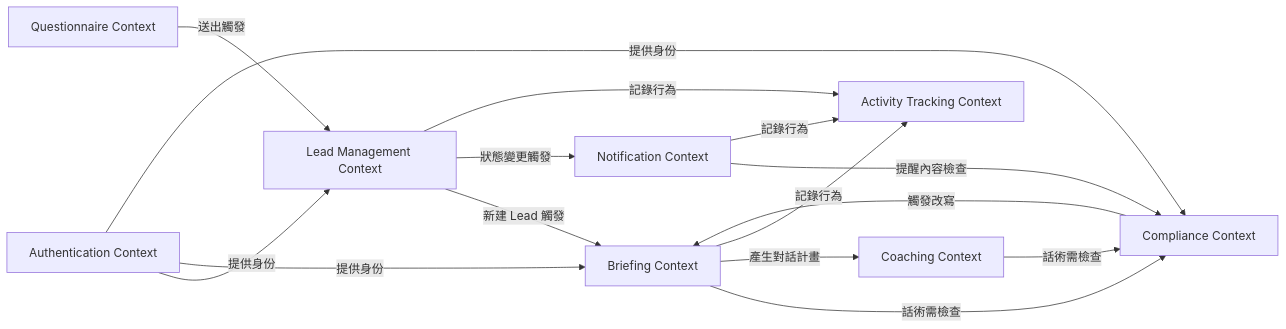
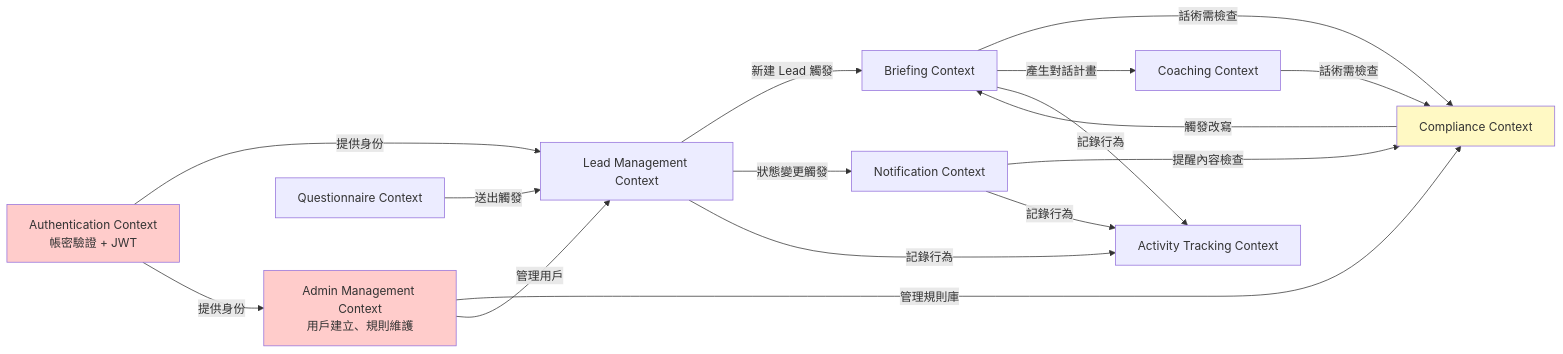
Before and after one commit to Zenobia000/synergy-ai-platform: the fourth of 5 diagrams in docs/04_architecture.md, drawn with Mermaid. The commit also changed other lines of this file and 15 other files, not shown here.

````diff
--- a/docs/04_architecture.md
+++ b/docs/04_architecture.md
@@ -203,26 +258,32 @@
 ```mermaid
 graph LR
+    Auth[Authentication Context<br/>帳密驗證 + JWT]
+    Admin[Admin Management Context<br/>用戶建立、規則維護]
     Q[Questionnaire Context]
     L[Lead Management Context]
     B[Briefing Context]
     Conv[Coaching Context]
     Comp[Compliance Context]
     Notif[Notification Context]
     Activity[Activity Tracking Context]
-    Auth[Authentication Context]
 
+    Auth -->|提供身份| L
+    Auth -->|提供身份| Admin
+    Admin -->|管理規則庫| Comp
+    Admin -->|管理用戶| L
     Q -->|送出觸發| L
     L -->|新建 Lead 觸發| B
     L -->|狀態變更觸發| Notif
     B -->|話術需檢查| Comp
     B -->|產生對話計畫| Conv
     Conv -->|話術需檢查| Comp
     Comp -->|觸發改寫| B
     Notif -->|提醒內容檢查| Comp
     L -->|記錄行為| Activity
     B -->|記錄行為| Activity
     Notif -->|記錄行為| Activity
-    Auth -->|提供身份| L
-    Auth -->|提供身份| B
-    Auth -->|提供身份| Comp
+    
+    style Auth fill:#ffcccb
+    style Admin fill:#ffcccb
+    style Comp fill:#fff9c4
 ```
````
